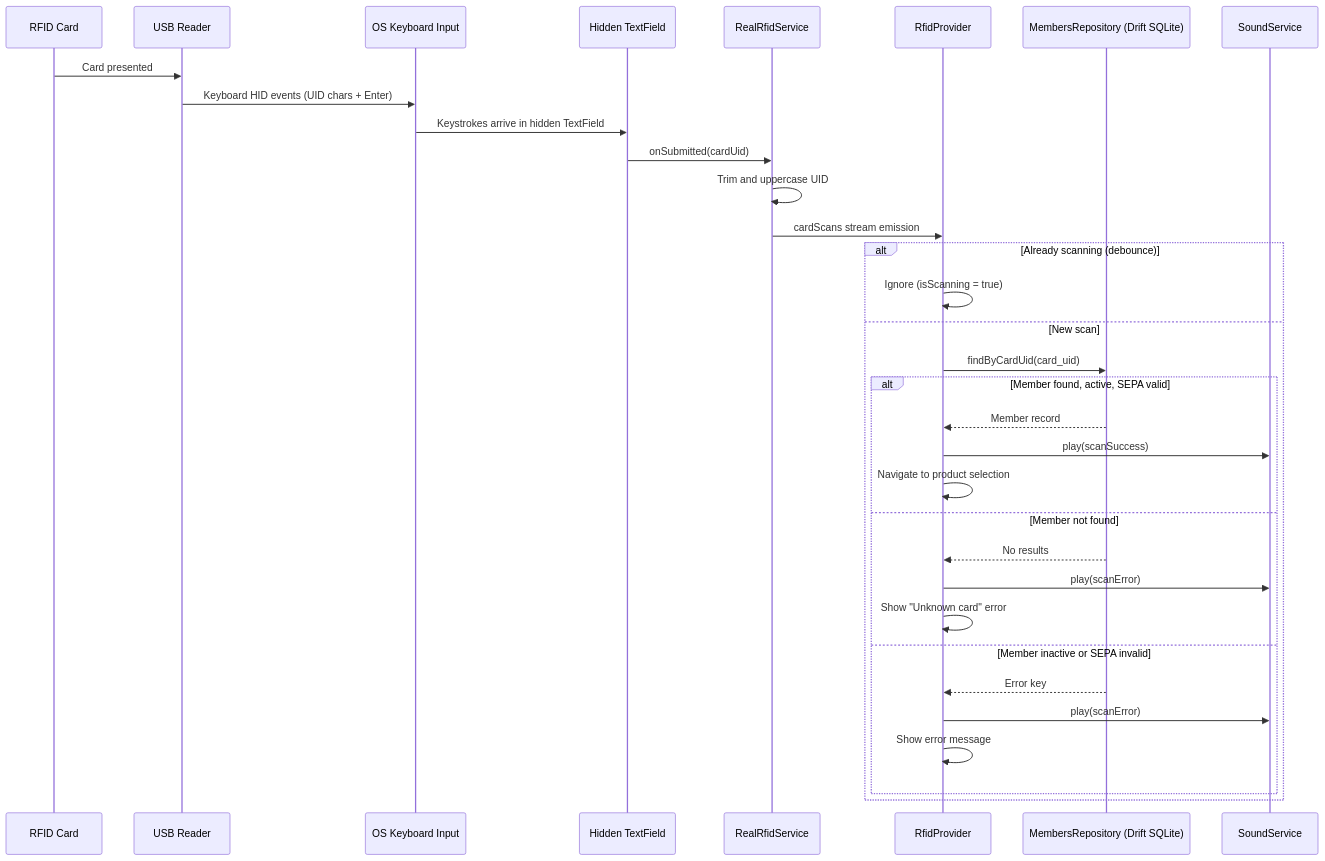
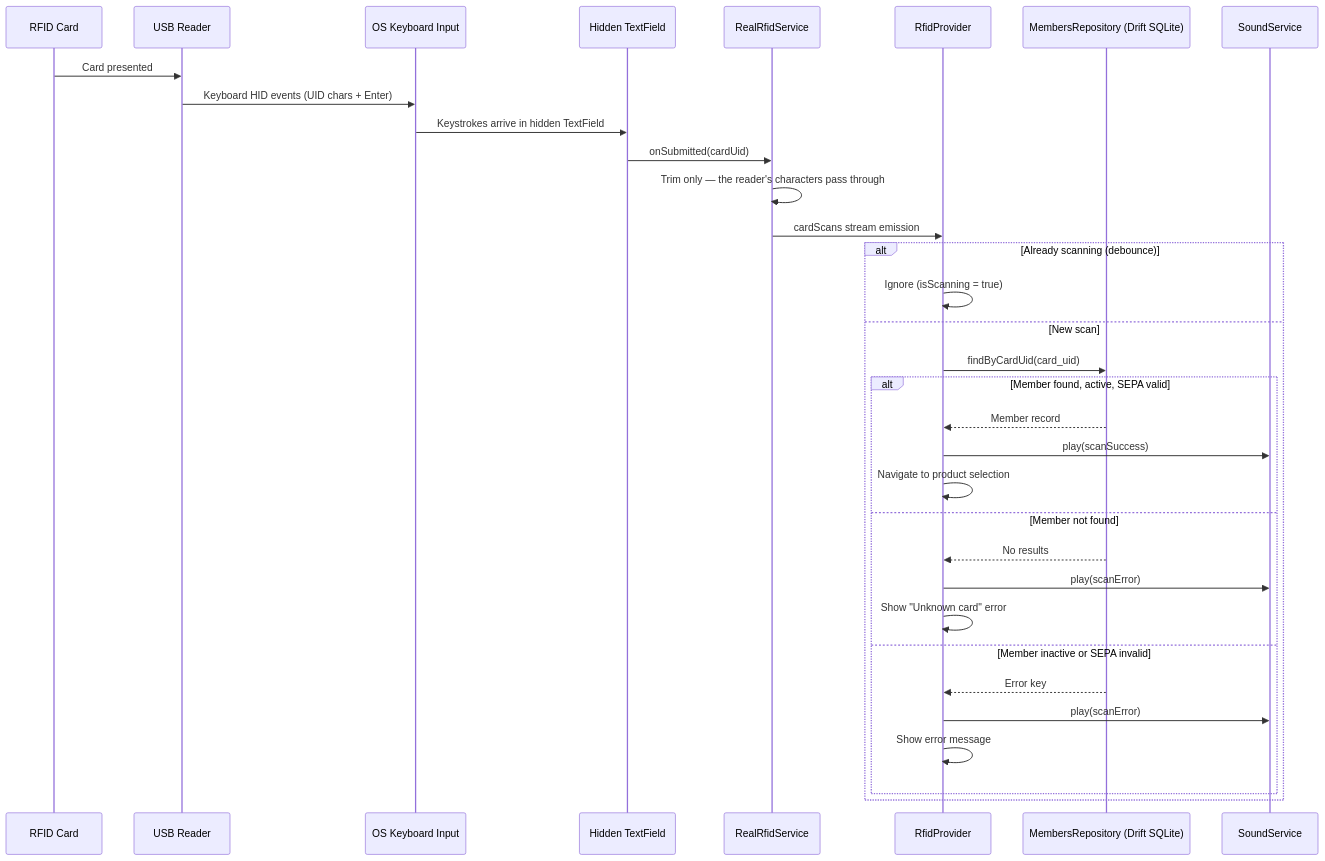
Before and after one commit to dgloeckner/clubbar: the first of 2 diagrams in adr/0014-rfid-scanning-integration.md, drawn with Mermaid. The commit also changed other lines of this file and 36 other files, not shown here.

````diff
--- a/adr/0014-rfid-scanning-integration.md
+++ b/adr/0014-rfid-scanning-integration.md
@@ -48,38 +49,38 @@
 ```mermaid
 sequenceDiagram
     participant Card as RFID Card
     participant Reader as USB Reader
     participant OS as OS Keyboard Input
     participant TextField as Hidden TextField
     participant Service as RealRfidService
     participant Provider as RfidProvider
     participant Repo as MembersRepository (Drift SQLite)
     participant Sound as SoundService
 
     Card->>Reader: Card presented
     Reader->>OS: Keyboard HID events (UID chars + Enter)
     OS->>TextField: Keystrokes arrive in hidden TextField
     TextField->>Service: onSubmitted(cardUid)
-    Service->>Service: Trim and uppercase UID
+    Service->>Service: Trim only — the reader's characters pass through
     Service->>Provider: cardScans stream emission
 
     alt Already scanning (debounce)
         Provider->>Provider: Ignore (isScanning = true)
     else New scan
         Provider->>Repo: findByCardUid(card_uid)
 
         alt Member found, active, SEPA valid
             Repo-->>Provider: Member record
             Provider->>Sound: play(scanSuccess)
             Provider->>Provider: Navigate to product selection
         else Member not found
             Repo-->>Provider: No results
             Provider->>Sound: play(scanError)
             Provider->>Provider: Show "Unknown card" error
         else Member inactive or SEPA invalid
             Repo-->>Provider: Error key
             Provider->>Sound: play(scanError)
             Provider->>Provider: Show error message
         end
     end
 ```
````
